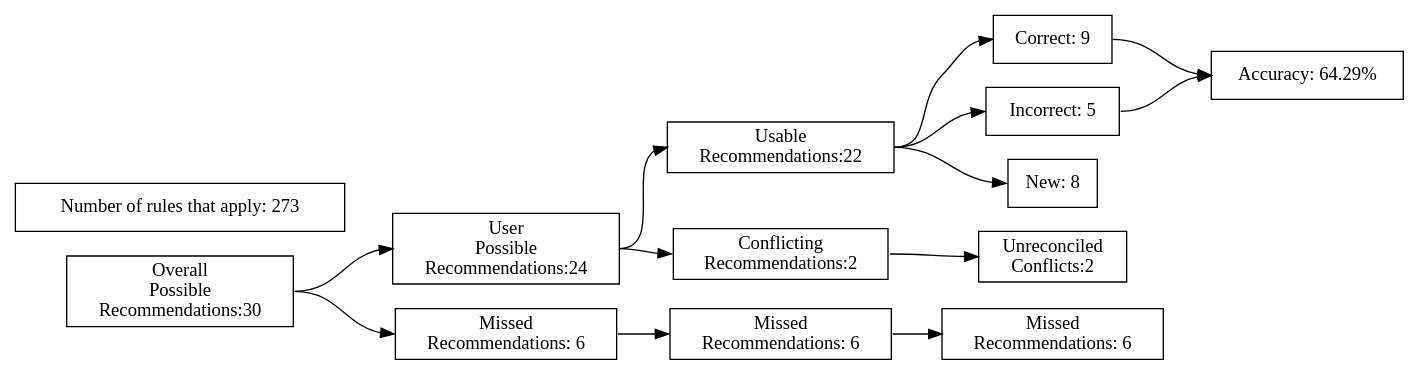
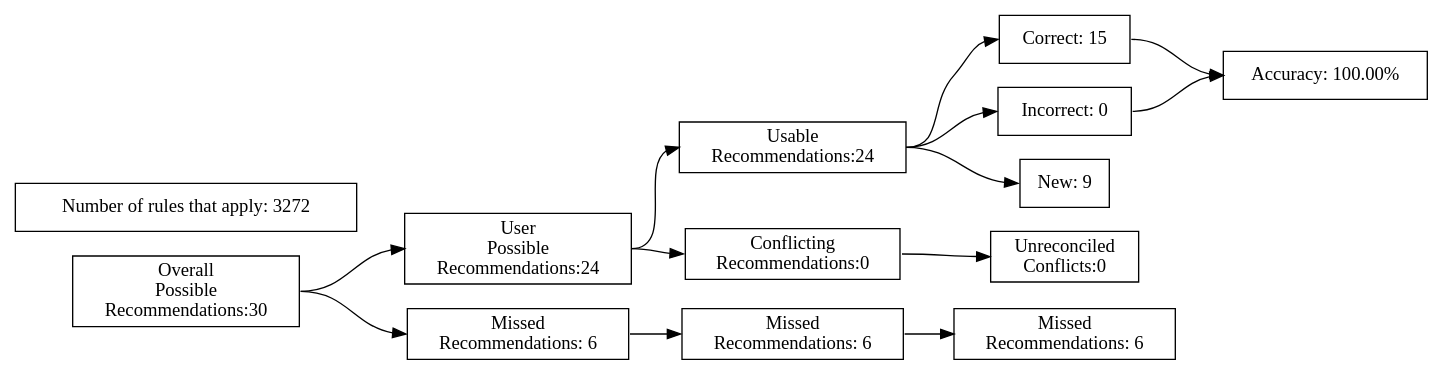
The diagram in test_renders/32.gv (ZaxR/ibd_diet_analysis), drawn with Graphviz before and after one commit. The commit also changed 78 other files, not shown here.

```diff
--- a/test_renders/32.gv
+++ b/test_renders/32.gv
@@ -1,40 +1,40 @@
 digraph {
 	graph [rankdir=LR]
 	node [pos=r shape=box]
 	edge [headport=w tailport=e]
 		A [label="Overall
 Possible
 Recommendations:30"]
 		B [label="User
 Possible
 Recommendations:24"]
 		C [label="Missed
 Recommendations: 6"]
 		D [label="Usable
-Recommendations:22"]
+Recommendations:24"]
 		E [label="Conflicting
-Recommendations:2"]
+Recommendations:0"]
 		J [label="Missed
 Recommendations: 6"]
 		M [label="Unreconciled
-Conflicts:2"]
-		F [label="Correct: 9"]
-		G [label="Incorrect: 5"]
-		H [label="New: 8"]
+Conflicts:0"]
+		F [label="Correct: 15"]
+		G [label="Incorrect: 0"]
+		H [label="New: 9"]
 		K [label="Missed
 Recommendations: 6"]
-		I [label="Accuracy: 64.29%"]
-		l [label="Number of rules that apply: 273"]
+		I [label="Accuracy: 100.00%"]
+		l [label="Number of rules that apply: 3272"]
 			A -> B
 			A -> C
 			B -> D
 			B -> E
 			D -> F
 			D -> G
 			D -> H
 			F -> I
 			G -> I
 			C -> J
 			J -> K
 			E -> M
 }
```
